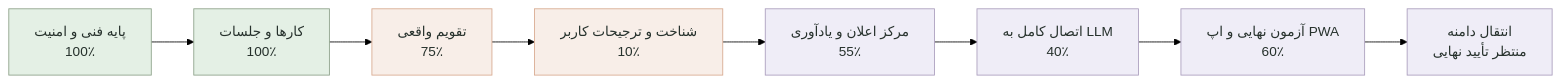
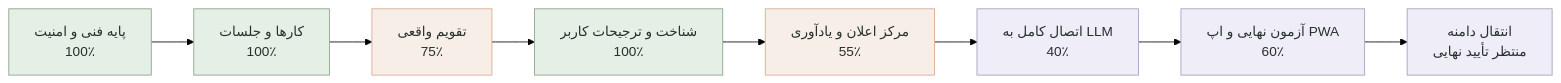
The diagram in PROJECT_STATUS.md (tparkhondeh/personalAgent), drawn with Mermaid (forest theme) before and after one commit. The commit also changed other lines of this file and 11 other files, not shown here.

````diff
--- a/PROJECT_STATUS.md
+++ b/PROJECT_STATUS.md
@@ -15,17 +15,17 @@
 ```mermaid
 flowchart LR
     A[پایه فنی و امنیت<br/>100٪] --> B[کارها و جلسات<br/>100٪]
     B --> C[تقویم واقعی<br/>75٪]
-    C --> D[شناخت و ترجیحات کاربر<br/>10٪]
+    C --> D[شناخت و ترجیحات کاربر<br/>100٪]
     D --> E[مرکز اعلان و یادآوری<br/>55٪]
     E --> F[اتصال کامل به LLM<br/>40٪]
     F --> G[آزمون نهایی و اپ PWA<br/>60٪]
     G --> H[انتقال دامنه<br/>منتظر تأیید نهایی]
 
     classDef done fill:#e4f0e5,stroke:#8ca088,color:#26312c;
     classDef active fill:#f8eee8,stroke:#d7a98f,color:#26312c;
     classDef pending fill:#efedf7,stroke:#aa9dbc,color:#26312c;
-    class A,B done;
-    class C,D active;
-    class E,F,G,H pending;
+    class A,B,D done;
+    class C,E active;
+    class F,G,H pending;
 ```
````
